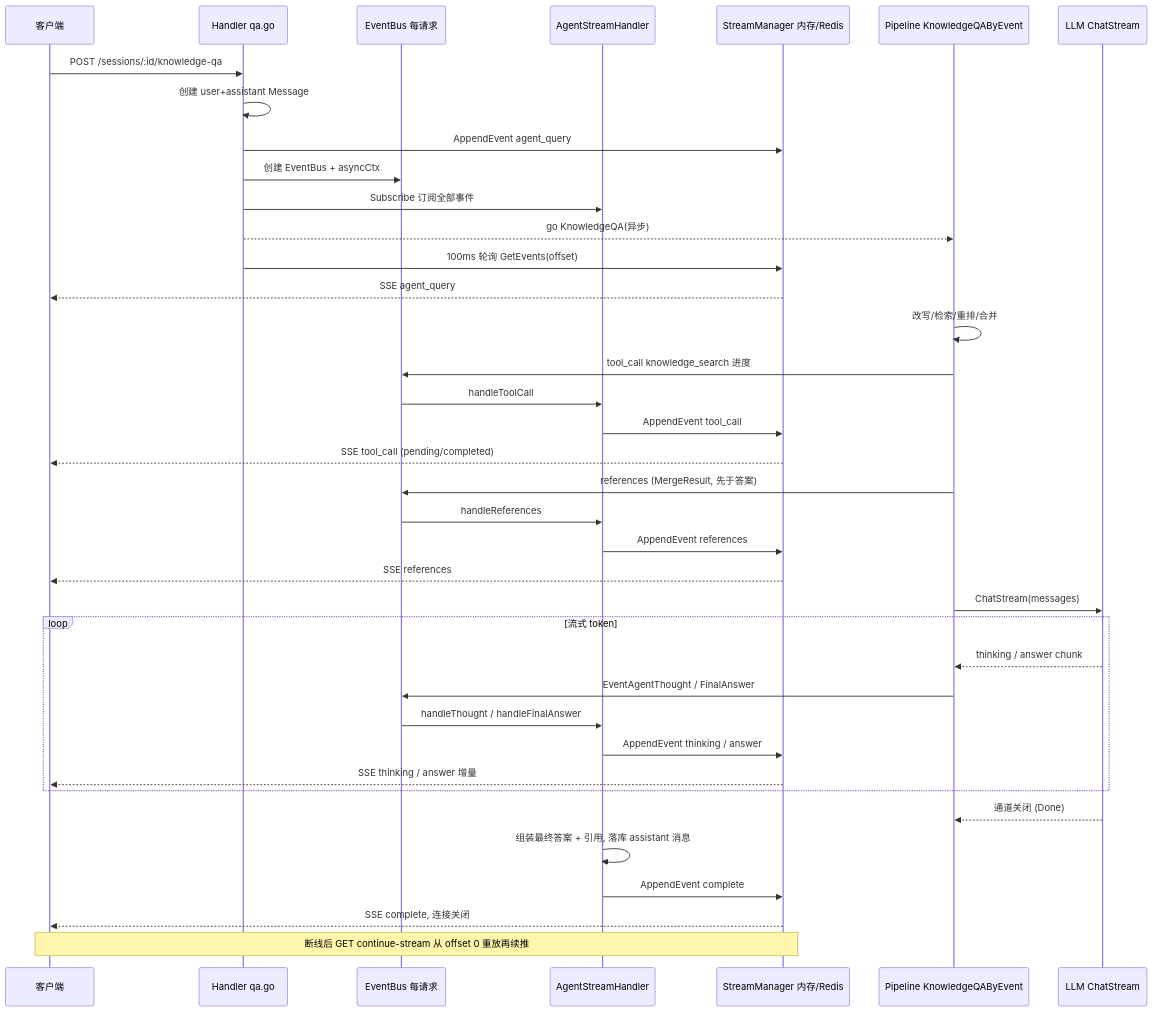
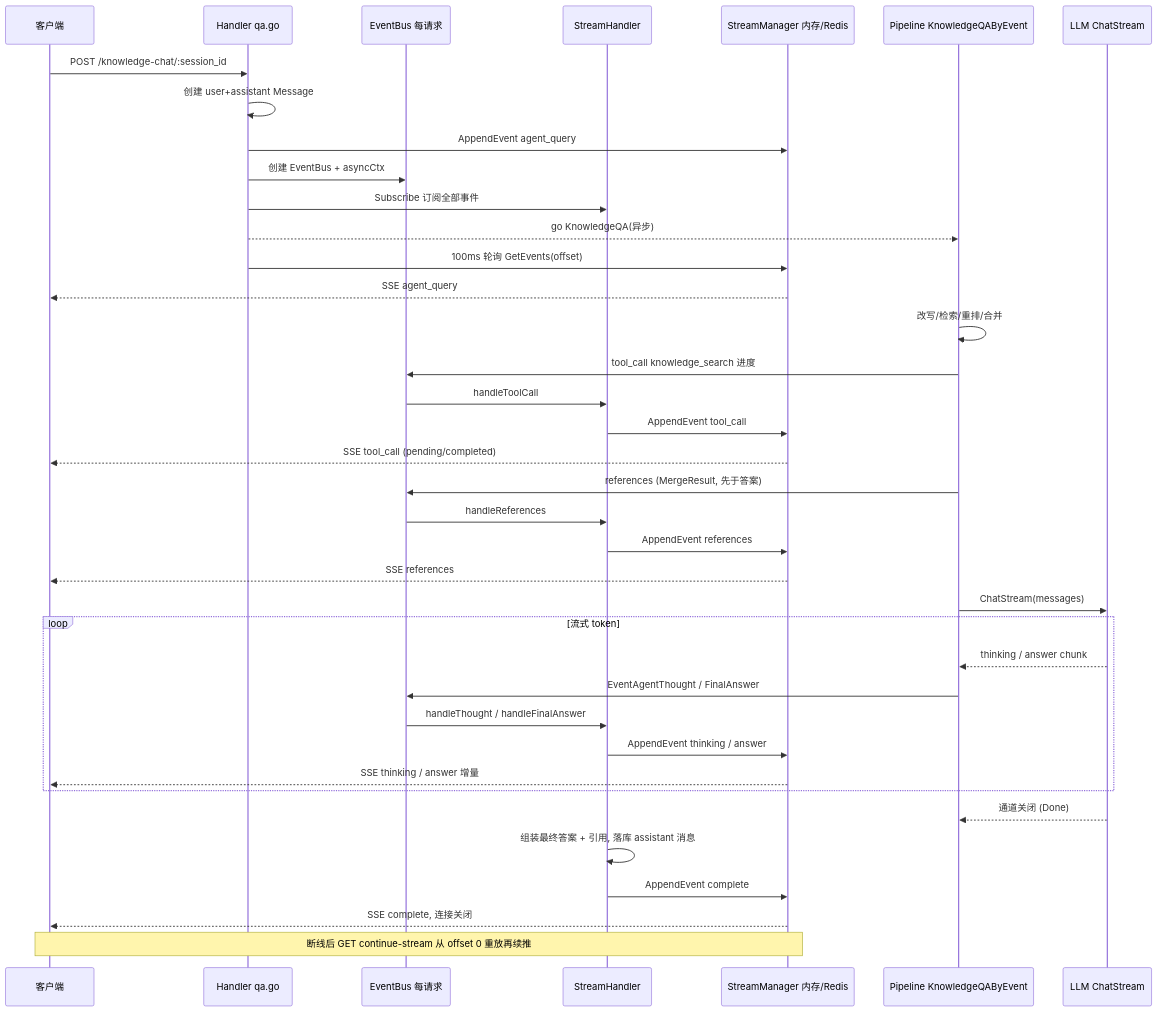
Before and after one commit to magicyuan876/Yuheng: the third of 3 diagrams in website-docs/02-architecture/04-rag-pipeline.md, drawn with Mermaid. The commit also changed other lines of this file and 994 other files, not shown here.

````diff
--- a/website-docs/02-architecture/04-rag-pipeline.md
+++ b/website-docs/02-architecture/04-rag-pipeline.md
@@ -416,41 +400,41 @@
 ```mermaid
 sequenceDiagram
     participant C as 客户端
     participant H as Handler qa.go
     participant B as EventBus 每请求
-    participant S as AgentStreamHandler
+    participant S as StreamHandler
     participant M as StreamManager 内存/Redis
     participant P as Pipeline KnowledgeQAByEvent
     participant L as LLM ChatStream
 
-    C->>H: POST /sessions/:id/knowledge-qa
+    C->>H: POST /knowledge-chat/:session_id
     H->>H: 创建 user+assistant Message
     H->>M: AppendEvent agent_query
     H->>B: 创建 EventBus + asyncCtx
     H->>S: Subscribe 订阅全部事件
     H-->>P: go KnowledgeQA(异步)
     H->>M: 100ms 轮询 GetEvents(offset)
     M-->>C: SSE agent_query
     P->>P: 改写/检索/重排/合并
     P->>B: tool_call knowledge_search 进度
     B->>S: handleToolCall
     S->>M: AppendEvent tool_call
     M-->>C: SSE tool_call (pending/completed)
     P->>B: references (MergeResult, 先于答案)
     B->>S: handleReferences
     S->>M: AppendEvent references
     M-->>C: SSE references
     P->>L: ChatStream(messages)
     loop 流式 token
         L-->>P: thinking / answer chunk
         P->>B: EventAgentThought / FinalAnswer
         B->>S: handleThought / handleFinalAnswer
         S->>M: AppendEvent thinking / answer
         M-->>C: SSE thinking / answer 增量
     end
     L-->>P: 通道关闭 (Done)
     S->>S: 组装最终答案 + 引用, 落库 assistant 消息
     S->>M: AppendEvent complete
     M-->>C: SSE complete, 连接关闭
     Note over C,M: 断线后 GET continue-stream 从 offset 0 重放再续推
 ```
````
